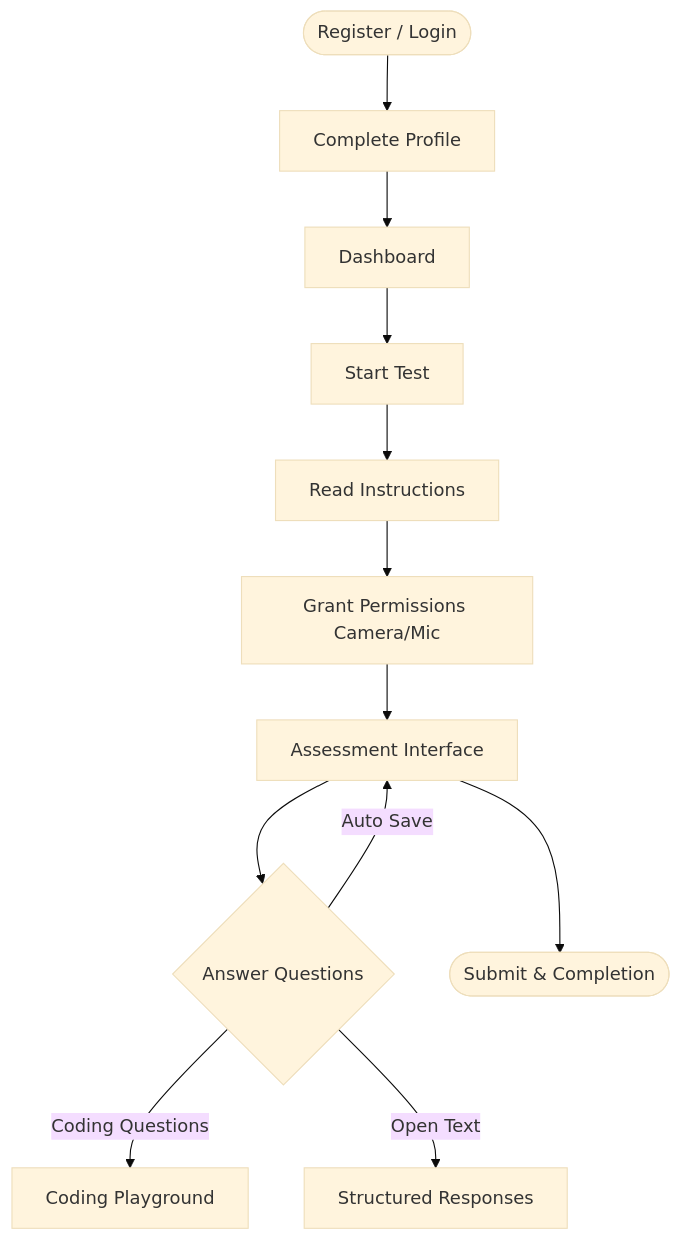
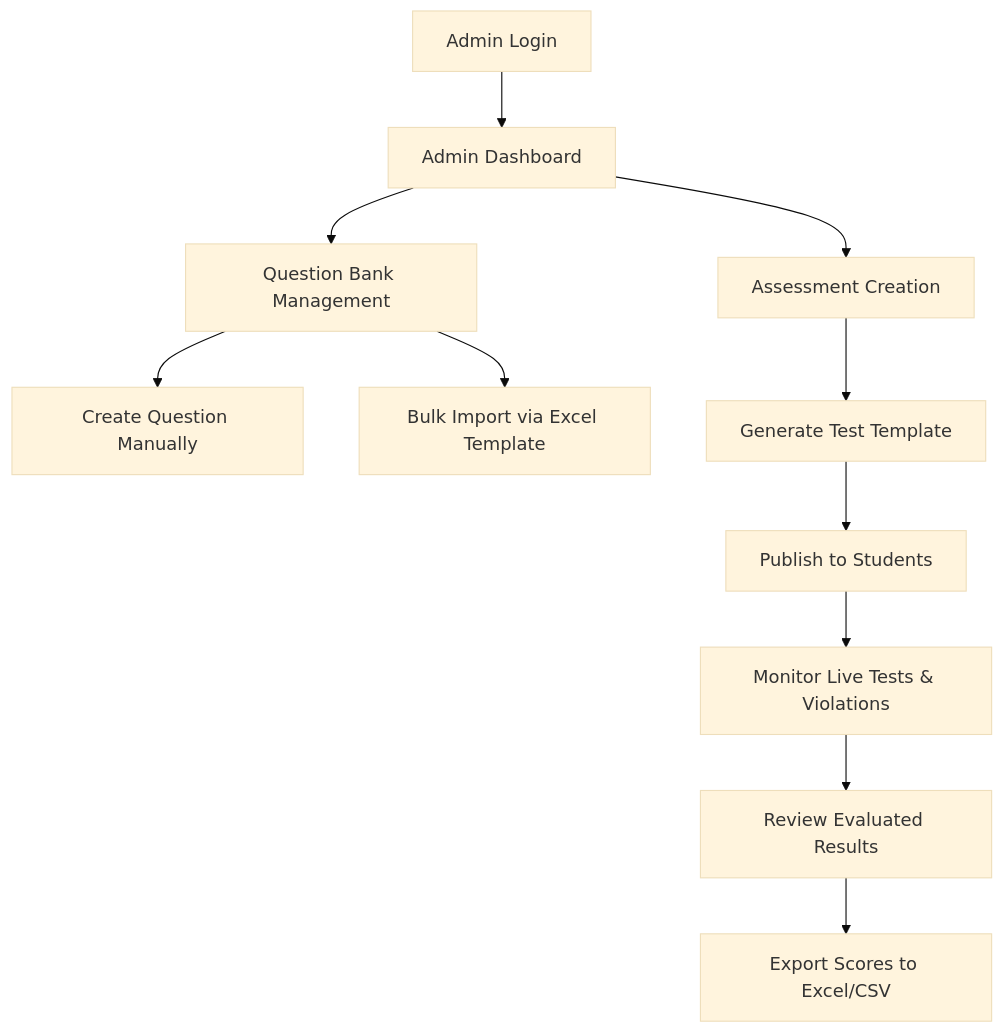
Before and after one commit to VARADARANGAN/screening-app: the second of 3 diagrams in docs/Workflow_and_System_Documentation.md, drawn with Mermaid (base theme). The commit also changed other lines of this file and 9 other files, not shown here.

````diff
--- a/docs/Workflow_and_System_Documentation.md
+++ b/docs/Workflow_and_System_Documentation.md
@@ -70,14 +29,13 @@
 ```mermaid
-flowchart TD
-    S1([Register / Login]) --> S2[Complete Profile]
-    S2 --> S3[Dashboard]
-    S3 --> S4[Start Test]
-    S4 --> S5[Read Instructions]
-    S5 --> S6[Grant Permissions Camera/Mic]
-    S6 --> S7[Assessment Interface]
-    S7 --> S8{Answer Questions}
-    S8 --> |Auto Save| S7
-    S8 --> |Coding Questions| S9[Coding Playground]
-    S8 --> |Open Text| S10[Structured Responses]
-    S7 --> S11([Submit & Completion])
+graph TD
+    A[Admin Login] --> B[Admin Dashboard]
+    B --> C[Question Bank Management]
+    C --> D[Create Question Manually]
+    C --> E[Bulk Import via Excel Template]
+    B --> F[Assessment Creation]
+    F --> G[Generate Test Template]
+    G --> H[Publish to Students]
+    H --> I[Monitor Live Tests & Violations]
+    I --> J[Review Evaluated Results]
+    J --> K[Export Scores to Excel/CSV]
 ```
````
